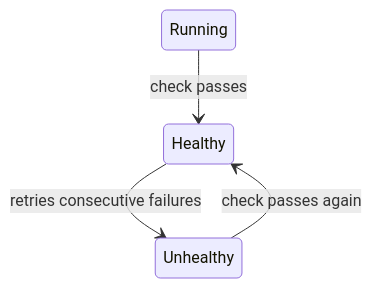
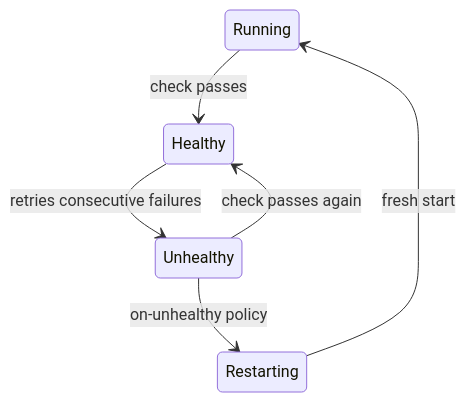
One commit to maleus-ai/kepler changed the diagram in docs/health-checks.md. Above: the diagram before and after it, drawn with Mermaid. The commit also changed other lines of this file and 27 other files, not shown here.

````diff
--- a/docs/health-checks.md
+++ b/docs/health-checks.md
@@ -55,6 +56,8 @@
 ```mermaid
 stateDiagram-v2
     Running --> Healthy : check passes
     Healthy --> Unhealthy : retries consecutive failures
     Unhealthy --> Healthy : check passes again
+    Unhealthy --> Restarting : on-unhealthy policy
+    Restarting --> Running : fresh start
 ```
````
